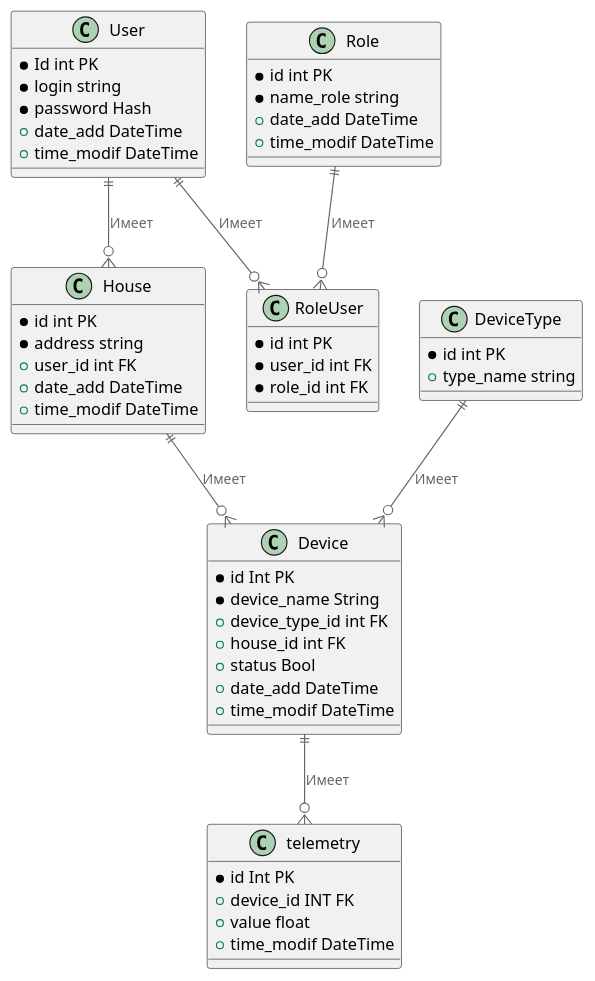
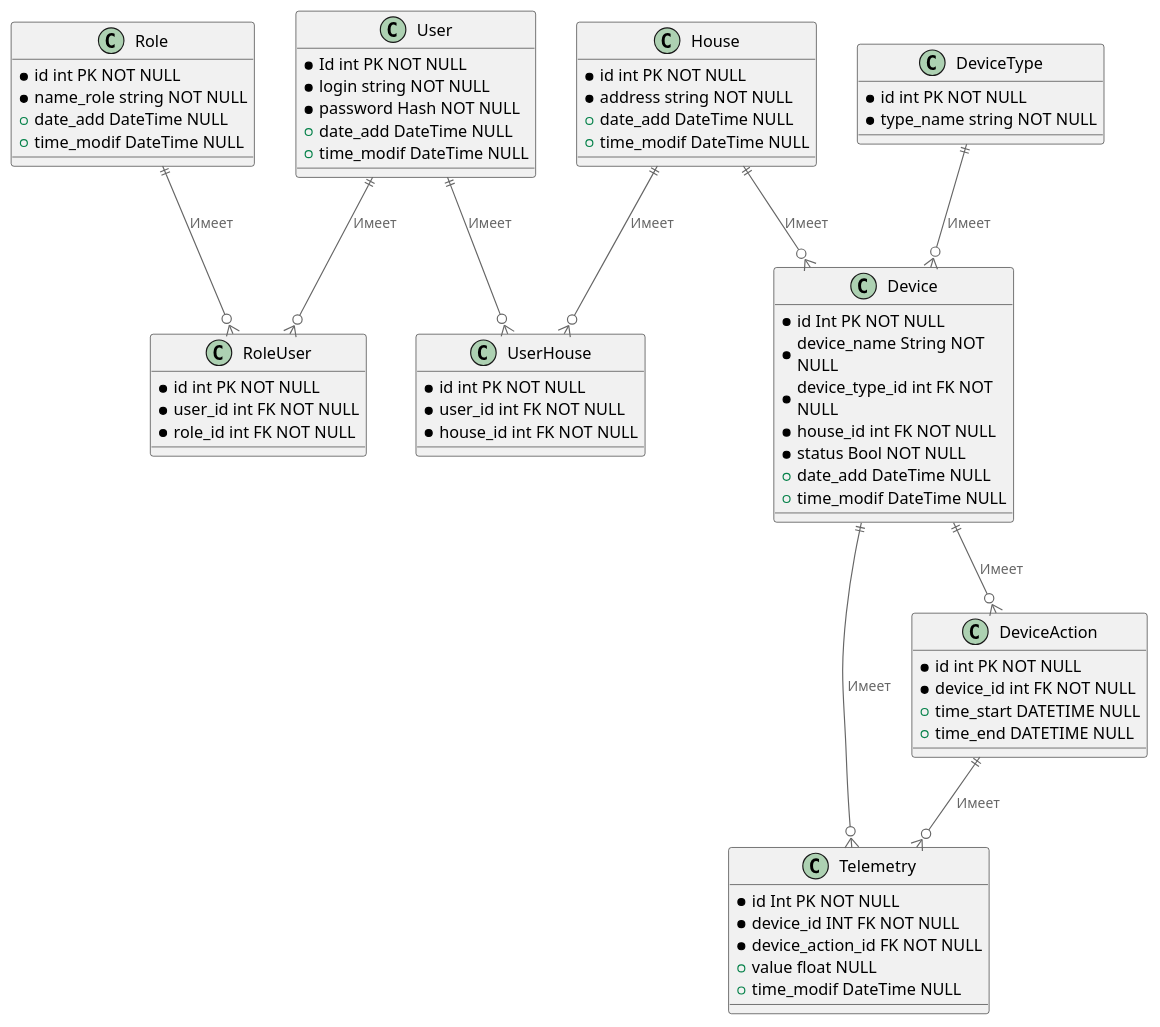
Before and after one commit to HichDX/architecture-sprint-3: the diagram in diagrams/er-diagram.puml, drawn with PlantUML. The commit also changed 6 other files, not shown here.

```diff
--- a/diagrams/er-diagram.puml
+++ b/diagrams/er-diagram.puml
@@ -1,64 +1,81 @@
 @startuml
 !include https://raw.githubusercontent.com/plantuml-stdlib/C4-PlantUML/master/C4_Component.puml
 
 
 class User{
-    * Id int PK
-    * login string  
-    * password Hash 
-    + date_add DateTime 
-    + time_modif DateTime 
+    * Id int PK NOT NULL
+    * login string NOT NULL
+    * password Hash NOT NULL
+    + date_add DateTime NULL
+    + time_modif DateTime NULL
 }
 
 class Role{
-   * id int PK 
-   * name_role string 
-     + date_add DateTime 
-     + time_modif DateTime 
+   * id int PK NOT NULL
+   * name_role string NOT NULL
+     + date_add DateTime NULL
+     + time_modif DateTime NULL
 }
 
 class RoleUser{
-   * id int PK 
-   * user_id int FK
-   * role_id int FK
+   * id int PK NOT NULL
+   * user_id int FK NOT NULL
+   * role_id int FK NOT NULL
 }
 
 
 class House{
-    * id int PK
-    * address string  
-    + user_id int FK 
-    + date_add DateTime  
-    + time_modif DateTime  
+    * id int PK NOT NULL
+    * address string NOT NULL
+    + date_add DateTime NULL 
+    + time_modif DateTime NULL
+}
+
+class UserHouse{
+    * id int PK NOT NULL
+    * user_id int FK NOT NULL
+    * house_id int FK NOT NULL
 }
 
 
 class Device{
-    * id Int PK
-    * device_name String
-    + device_type_id int FK
-    + house_id int FK 
-    + status Bool 
-    + date_add DateTime 
-    + time_modif DateTime 
+    * id Int PK NOT NULL
+    * device_name String NOT NULL
+    * device_type_id int FK NOT NULL
+    * house_id int FK NOT NULL
+    * status Bool NOT NULL
+    + date_add DateTime NULL
+    + time_modif DateTime NULL
 }
 
-class telemetry{
-    * id Int PK
-    + device_id INT FK
-    + value float
-    + time_modif DateTime 
+class Telemetry{
+    * id Int PK NOT NULL
+    * device_id INT FK NOT NULL
+    * device_action_id FK NOT NULL
+    + value float NULL
+    + time_modif DateTime NULL
 }
 
 class DeviceType{
-    * id int PK
-    + type_name string 
+    * id int PK NOT NULL
+    * type_name string NOT NULL
 }
 
-User ||--o{ House : "Имеет"
+class DeviceAction {
+     * id int PK NOT NULL
+     * device_id int FK NOT NULL
+     + time_start DATETIME NULL
+     + time_end DATETIME NULL
+}
+
+User ||--o{ UserHouse : "Имеет"
+House  ||--o{ UserHouse : "Имеет"
 Role ||--o{ RoleUser: "Имеет"
 User ||--o{ RoleUser: "Имеет"
 House||--o{ Device: "Имеет"
 DeviceType ||--o{ Device: "Имеет"
-Device||--o{ telemetry: "Имеет"
+Device||--o{ Telemetry: "Имеет"
+Device||--o{ DeviceAction : "Имеет"
+DeviceAction ||--o{ Telemetry: "Имеет"
+
 @enduml
```
